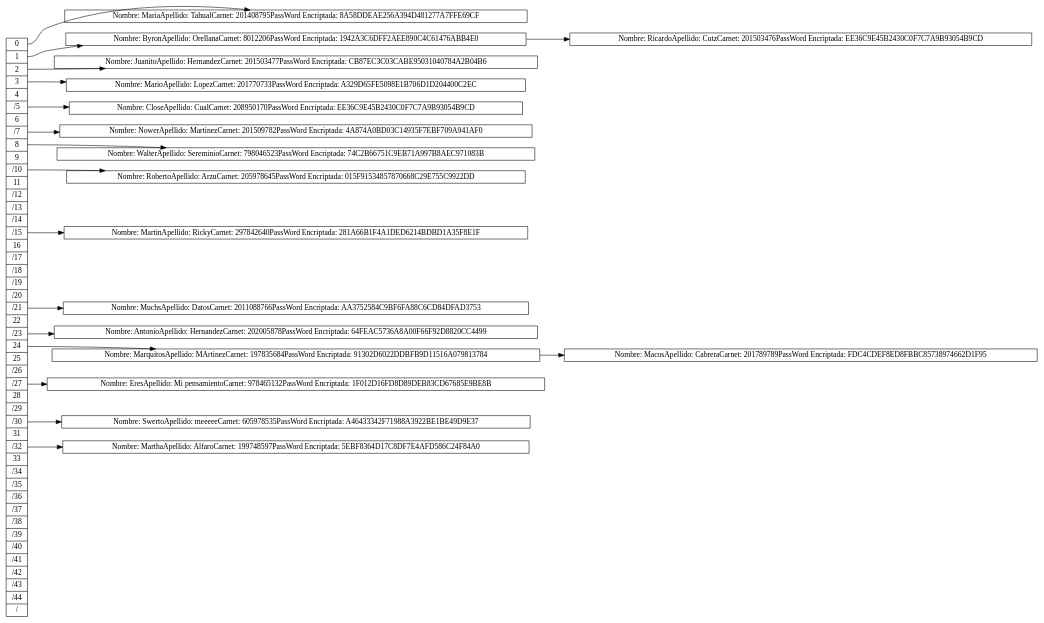
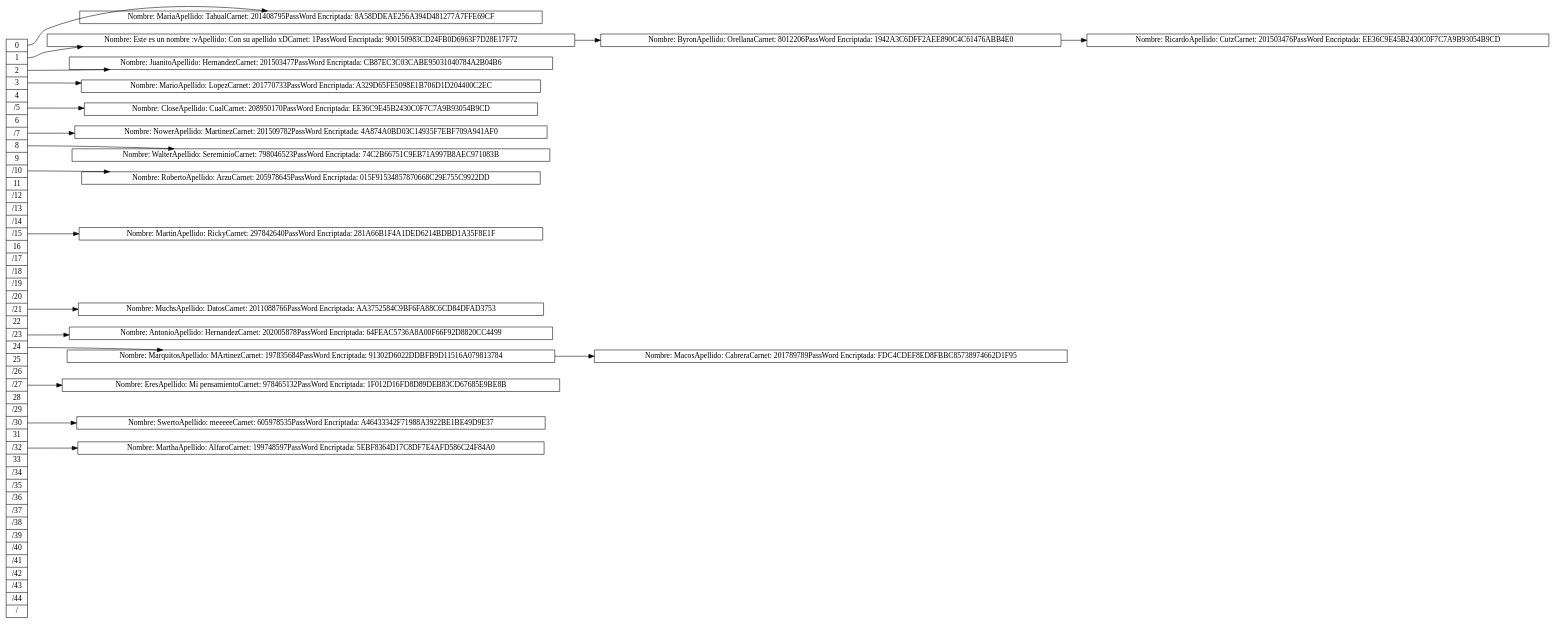
The diagram in Proyecto2_201700733/Hash.dot (ByLy23/BlockChain_Java), drawn with Graphviz before and after one commit. The commit also changed 15 other files, not shown here.

```diff
--- a/Proyecto2_201700733/Hash.dot
+++ b/Proyecto2_201700733/Hash.dot
@@ -1,91 +1,96 @@
 digraph Hash{ 
  rankdir= LR
  node[shape=record, width= 0.1, height= 0.1];
-Nodo636597771[label="<P0>0|<P1>1|<P2>2|<P3>3|<P4>4|<P5>/5|<P6>6|<P7>/7|<P8>8|<P9>9|<P10>/10|<P11>11|<P12>/12|<P13>/13|<P14>/14|<P15>/15|<P16>16|<P17>/17|<P18>/18|<P19>/19|<P20>/20|<P21>/21|<P22>22|<P23>/23|<P24>24|<P25>25|<P26>/26|<P27>/27|<P28>28|<P29>/29|<P30>/30|<P31>31|<P32>/32|<P33>33|<P34>/34|<P35>/35|<P36>/36|<P37>/37|<P38>/38|<P39>/39|<P40>/40|<P41>/41|<P42>/42|<P43>/43|<P44>/44|<P45>/"];
-Nodo212754510[label=" Nombre: Maria
+Nodo1505843011[label="<P0>0|<P1>1|<P2>2|<P3>3|<P4>4|<P5>/5|<P6>6|<P7>/7|<P8>8|<P9>9|<P10>/10|<P11>11|<P12>/12|<P13>/13|<P14>/14|<P15>/15|<P16>16|<P17>/17|<P18>/18|<P19>/19|<P20>/20|<P21>/21|<P22>22|<P23>/23|<P24>24|<P25>25|<P26>/26|<P27>/27|<P28>28|<P29>/29|<P30>/30|<P31>31|<P32>/32|<P33>33|<P34>/34|<P35>/35|<P36>/36|<P37>/37|<P38>/38|<P39>/39|<P40>/40|<P41>/41|<P42>/42|<P43>/43|<P44>/44|<P45>/"];
+Nodo422298974[label=" Nombre: Maria
 Apellido:  Tahual
 Carnet: 201408795
 PassWord Encriptada: 8A58DDEAE256A394D481277A7FFE69CF"];
-Nodo636597771:P0 ->Nodo212754510
-Nodo1333981190[label=" Nombre: Byron
+Nodo1505843011:P0 ->Nodo422298974
+Nodo1631177338[label=" Nombre: Este es un nombre :v
+Apellido:  Con su apellido xD
+Carnet: 1
+PassWord Encriptada: 900150983CD24FB0D6963F7D28E17F72"];
+Nodo1631177338->Nodo1049980771
+Nodo1049980771[label=" Nombre: Byron
 Apellido:  Orellana
 Carnet: 8012206
 PassWord Encriptada: 1942A3C6DFF2AEE890C4C61476ABB4E0"];
-Nodo1333981190->Nodo747089350
-Nodo747089350[label=" Nombre: Ricardo
+Nodo1049980771->Nodo1841122493
+Nodo1841122493[label=" Nombre: Ricardo
 Apellido:  Cutz
 Carnet: 201503476
 PassWord Encriptada: EE36C9E45B2430C0F7C7A9B93054B9CD"];
-Nodo636597771:P1 ->Nodo1333981190
-Nodo74323891[label=" Nombre: Juanito
+Nodo1505843011:P1 ->Nodo1631177338
+Nodo721118561[label=" Nombre: Juanito
 Apellido:  Hernandez
 Carnet: 201503477
 PassWord Encriptada: CB87EC3C03CABE95031040784A2B04B6"];
-Nodo636597771:P2 ->Nodo74323891
-Nodo2076027744[label=" Nombre: Mario
+Nodo1505843011:P2 ->Nodo721118561
+Nodo87949406[label=" Nombre: Mario
 Apellido:  Lopez
 Carnet: 201770733
 PassWord Encriptada: A329D65FE5098E1B706D1D204400C2EC"];
-Nodo636597771:P3 ->Nodo2076027744
-Nodo602367697[label=" Nombre: Close
+Nodo1505843011:P3 ->Nodo87949406
+Nodo281385453[label=" Nombre: Close
 Apellido:  Cual
 Carnet: 208950170
 PassWord Encriptada: EE36C9E45B2430C0F7C7A9B93054B9CD"];
-Nodo636597771:P5 ->Nodo602367697
-Nodo849286902[label=" Nombre: Nower
+Nodo1505843011:P5 ->Nodo281385453
+Nodo387639276[label=" Nombre: Nower
 Apellido:  Martinez
 Carnet: 201509782
 PassWord Encriptada: 4A874A0BD03C14935F7EBF709A941AF0"];
-Nodo636597771:P7 ->Nodo849286902
-Nodo1178098841[label=" Nombre: Walter
+Nodo1505843011:P7 ->Nodo387639276
+Nodo1723553795[label=" Nombre: Walter
 Apellido:  Sereminio
 Carnet: 798046523
 PassWord Encriptada: 74C2B66751C9EB71A997B8AEC971083B"];
-Nodo636597771:P8 ->Nodo1178098841
-Nodo1346898325[label=" Nombre: Roberto
+Nodo1505843011:P8 ->Nodo1723553795
+Nodo326277242[label=" Nombre: Roberto
 Apellido:  Arzu
 Carnet: 205978645
 PassWord Encriptada: 015F91534857870668C29E755C9922DD"];
-Nodo636597771:P10 ->Nodo1346898325
-Nodo1216429219[label=" Nombre: Martin
+Nodo1505843011:P10 ->Nodo326277242
+Nodo793014536[label=" Nombre: Martin
 Apellido:  Ricky
 Carnet: 297842640
 PassWord Encriptada: 281A66B1F4A1DED6214BDBD1A35F8E1F"];
-Nodo636597771:P15 ->Nodo1216429219
-Nodo48479203[label=" Nombre: Muchs
+Nodo1505843011:P15 ->Nodo793014536
+Nodo1872873099[label=" Nombre: Muchs
 Apellido:  Datos
 Carnet: 2011088766
 PassWord Encriptada: AA3752584C9BF6FA88C6CD84DFAD3753"];
-Nodo636597771:P21 ->Nodo48479203
-Nodo104592306[label=" Nombre: Antonio
+Nodo1505843011:P21 ->Nodo1872873099
+Nodo1399255100[label=" Nombre: Antonio
 Apellido:  Hernandez
 Carnet: 202005878
 PassWord Encriptada: 64FEAC5736A8A00F66F92D8820CC4499"];
-Nodo636597771:P23 ->Nodo104592306
-Nodo372201025[label=" Nombre: Marquitos
+Nodo1505843011:P23 ->Nodo1399255100
+Nodo1422922594[label=" Nombre: Marquitos
 Apellido:  MArtinez
 Carnet: 197835684
 PassWord Encriptada: 91302D6022DDBFB9D11516A079813784"];
-Nodo372201025->Nodo1460278275
-Nodo1460278275[label=" Nombre: Macos
+Nodo1422922594->Nodo1485894849
+Nodo1485894849[label=" Nombre: Macos
 Apellido:  Cabrera
 Carnet: 201789789
 PassWord Encriptada: FDC4CDEF8ED8FBBC85738974662D1F95"];
-Nodo636597771:P24 ->Nodo372201025
-Nodo1210679714[label=" Nombre: Eres
+Nodo1505843011:P24 ->Nodo1422922594
+Nodo962917574[label=" Nombre: Eres
 Apellido:  Mi pensamiento
 Carnet: 978465132
 PassWord Encriptada: 1F012D16FD8D89DEB83CD67685E9BE8B"];
-Nodo636597771:P27 ->Nodo1210679714
-Nodo290868598[label=" Nombre: Swerto
+Nodo1505843011:P27 ->Nodo962917574
+Nodo1567032518[label=" Nombre: Swerto
 Apellido:  meeeee
 Carnet: 605978535
 PassWord Encriptada: A46433342F71988A3922BE1BE49D9E37"];
-Nodo636597771:P30 ->Nodo290868598
-Nodo2108136515[label=" Nombre: Martha
+Nodo1505843011:P30 ->Nodo1567032518
+Nodo158881547[label=" Nombre: Martha
 Apellido:  Alfaro
 Carnet: 199748597
 PassWord Encriptada: 5EBF8364D17C8DF7E4AFD586C24F84A0"];
-Nodo636597771:P32 ->Nodo2108136515
+Nodo1505843011:P32 ->Nodo158881547
 
 }
```
